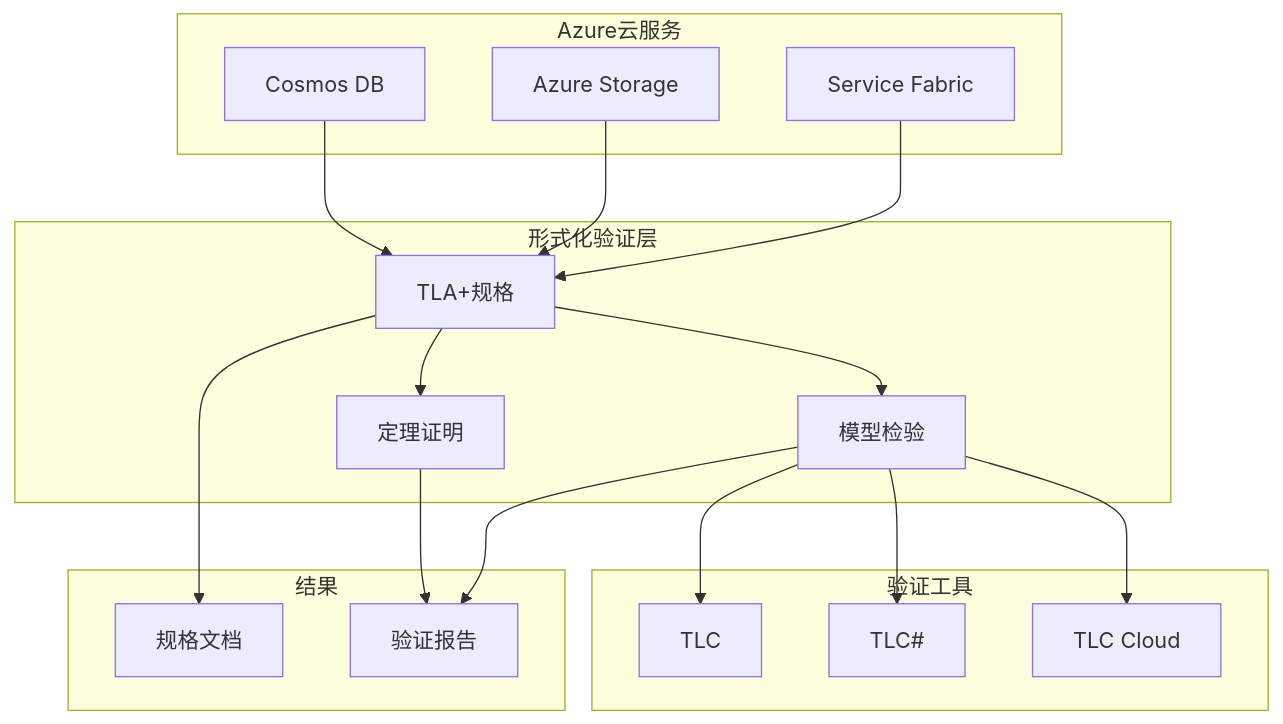
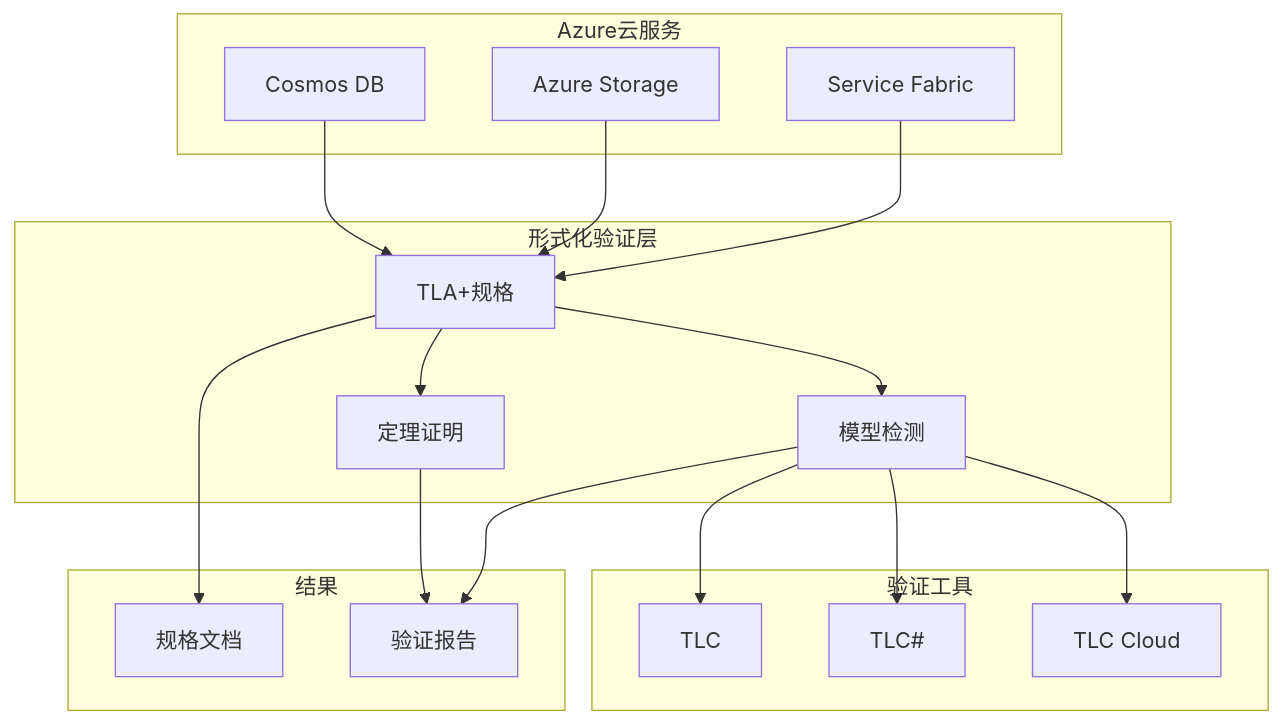
One commit to AdaMartin18010/AnalysisDataFlow changed the third of 5 diagrams in formal-methods/06-tools/industrial/02-azure-verification.md. Above: the diagram before and after it, drawn with Mermaid. The commit also changed other lines of this file and 129 other files, not shown here.

````diff
--- a/formal-methods/06-tools/industrial/02-azure-verification.md
+++ b/formal-methods/06-tools/industrial/02-azure-verification.md
@@ -217,39 +217,39 @@
 ```mermaid
 graph TB
     subgraph Azure云服务
         Cosmos2[Cosmos DB]
         Storage2[Azure Storage]
         Fabric2[Service Fabric]
     end
     
     subgraph 形式化验证层
         Spec[TLA+规格]
         Proof[定理证明]
-        Testing[模型检验]
+        Testing[模型检测]
     end
     
     subgraph 验证工具
         TLC4[TLC]
         TLCSharp2[TLC#]
         TLCCloud[TLC Cloud]
     end
     
     subgraph 结果
         SpecDoc[规格文档]
         Verified[验证报告]
     end
     
     Cosmos2 --> Spec
     Storage2 --> Spec
     Fabric2 --> Spec
     
     Spec --> Proof
     Spec --> Testing
     Testing --> TLC4
     Testing --> TLCSharp2
     Testing --> TLCCloud
     
     Spec --> SpecDoc
     Proof --> Verified
     Testing --> Verified
 ```
````
